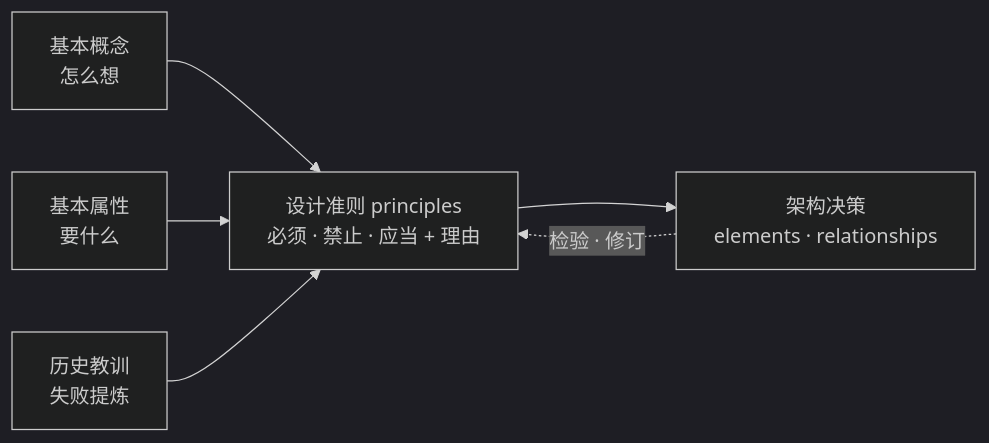
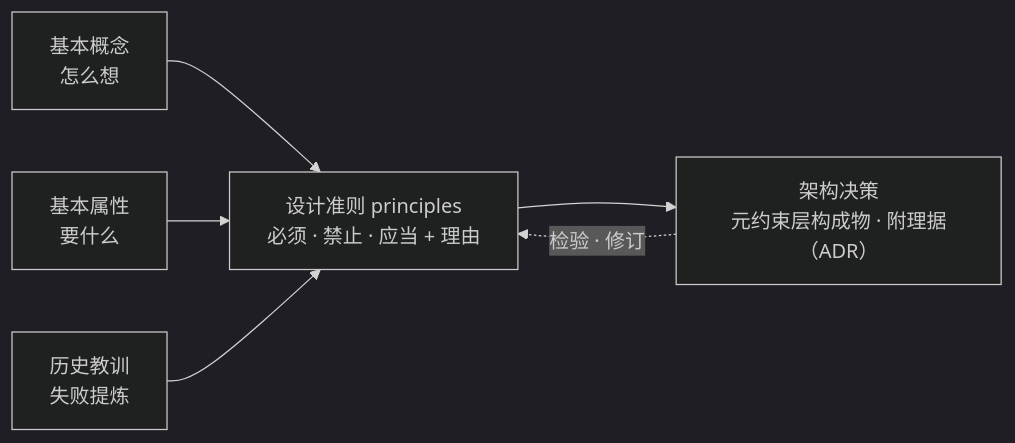
Before and after one commit to Yongjunzhou/AOS-system-design: the ninth of 11 diagrams in 100-subprojects/01-系统工程研究/00-系统工程相关研究报告/10-架构设计方法论全景研究报告.md, drawn with Mermaid (dark theme). The commit also changed other lines of this file and 38 other files, not shown here.

````diff
--- a/100-subprojects/01-系统工程研究/00-系统工程相关研究报告/10-架构设计方法论全景研究报告.md
+++ b/100-subprojects/01-系统工程研究/00-系统工程相关研究报告/10-架构设计方法论全景研究报告.md
@@ -515,8 +543,8 @@
 ```mermaid
 flowchart LR
     C[基本概念<br/>怎么想] --> P
     A[基本属性<br/>要什么] --> P
     L[历史教训<br/>失败提炼] --> P
-    P[设计准则 principles<br/>必须 · 禁止 · 应当 + 理由] --> D[架构决策<br/>elements · relationships]
+    P[设计准则 principles<br/>必须 · 禁止 · 应当 + 理由] --> D[架构决策<br/>元约束层构成物 · 附理据（ADR）]
     D -. 检验 · 修订 .-> P
 ```
````
